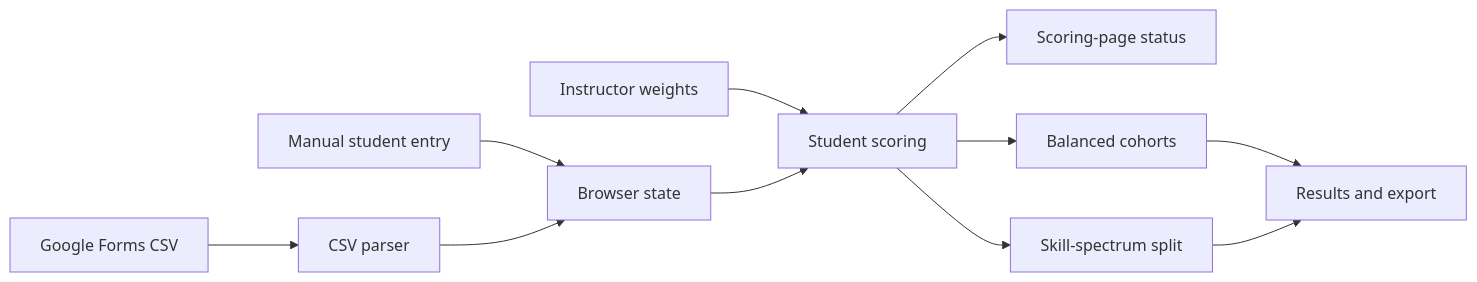
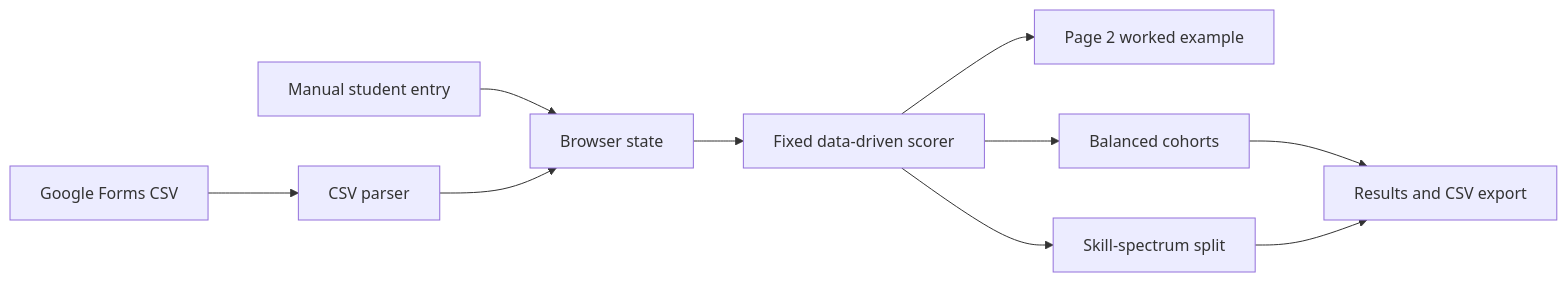
One commit to kommanderpi/Sortinghat changed the diagram in docs/architecture.md. Above: the diagram before and after it, drawn with Mermaid. The commit also changed other lines of this file and 6 other files, not shown here.

````diff
--- a/docs/architecture.md
+++ b/docs/architecture.md
@@ -7,13 +7,12 @@
 ```mermaid
 flowchart LR
   CSV[Google Forms CSV] --> Parse[CSV parser]
   Manual[Manual student entry] --> State[Browser state]
   Parse --> State
-  Settings[Instructor weights] --> Score[Student scoring]
-  State --> Score
-  Score --> Status[Scoring-page status]
+  State --> Score[Fixed data-driven scorer]
+  Score --> Worked[Page 2 worked example]
   Score --> Balanced[Balanced cohorts]
   Score --> Split[Skill-spectrum split]
-  Balanced --> Results[Results and export]
+  Balanced --> Results[Results and CSV export]
   Split --> Results
 ```
````
